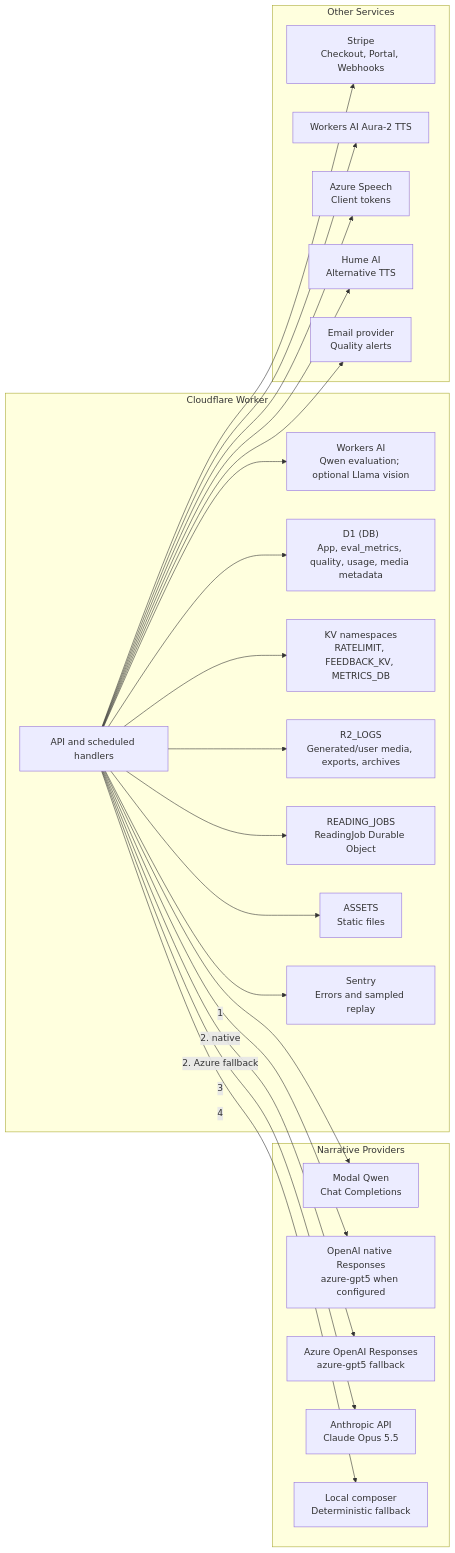
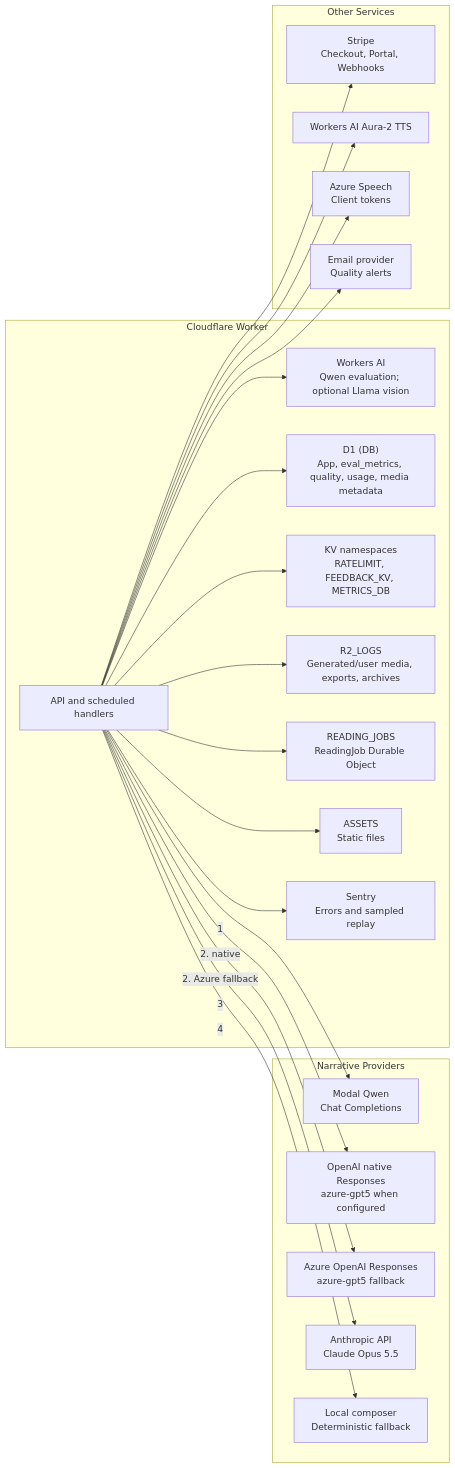
Before and after one commit to henryperkins/tarot: diagram 16 of 17 in docs/architecture/full-system-diagrams.md, drawn with Mermaid. The commit also changed other lines of this file and 113 other files, not shown here.

````diff
--- a/docs/architecture/full-system-diagrams.md
+++ b/docs/architecture/full-system-diagrams.md
@@ -737,47 +734,45 @@
 ```mermaid
 graph LR
     subgraph NarrativeProviders["Narrative Providers"]
         Modal["Modal Qwen<br/>Chat Completions"]
         OpenAI["OpenAI native Responses<br/>azure-gpt5 when configured"]
         Azure["Azure OpenAI Responses<br/>azure-gpt5 fallback"]
         Claude["Anthropic API<br/>Claude Opus 5.5"]
         Local["Local composer<br/>Deterministic fallback"]
     end
 
     subgraph Worker["Cloudflare Worker"]
         API["API and scheduled handlers"]
         AI["Workers AI<br/>Qwen evaluation; optional Llama vision"]
         D1["D1 (DB)<br/>App, eval_metrics, quality, usage, media metadata"]
         KV["KV namespaces<br/>RATELIMIT, FEEDBACK_KV, METRICS_DB"]
         R2["R2_LOGS<br/>Generated/user media, exports, archives"]
         DO["READING_JOBS<br/>ReadingJob Durable Object"]
         Assets["ASSETS<br/>Static files"]
         Sentry["Sentry<br/>Errors and sampled replay"]
     end
 
     subgraph OtherServices["Other Services"]
         Stripe["Stripe<br/>Checkout, Portal, Webhooks"]
         AuraTTS["Workers AI Aura-2 TTS"]
         AzureSpeech["Azure Speech<br/>Client tokens"]
-        Hume["Hume AI<br/>Alternative TTS"]
         Email["Email provider<br/>Quality alerts"]
     end
 
     API -->|1| Modal
     API -->|2. native| OpenAI
     API -->|2. Azure fallback| Azure
     API -->|3| Claude
     API -->|4| Local
     API --> AI
     API --> D1
     API --> KV
     API --> R2
     API --> DO
     API --> Assets
     API --> Sentry
     API --> Stripe
     API --> AuraTTS
     API --> AzureSpeech
-    API --> Hume
     API --> Email
 ```
````
